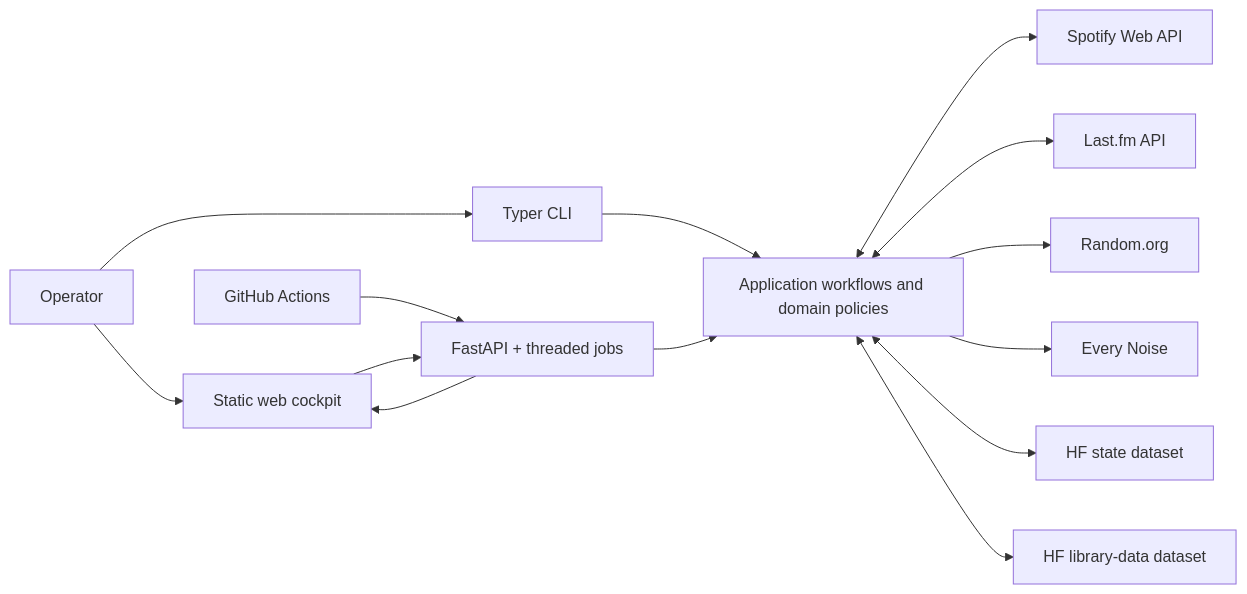
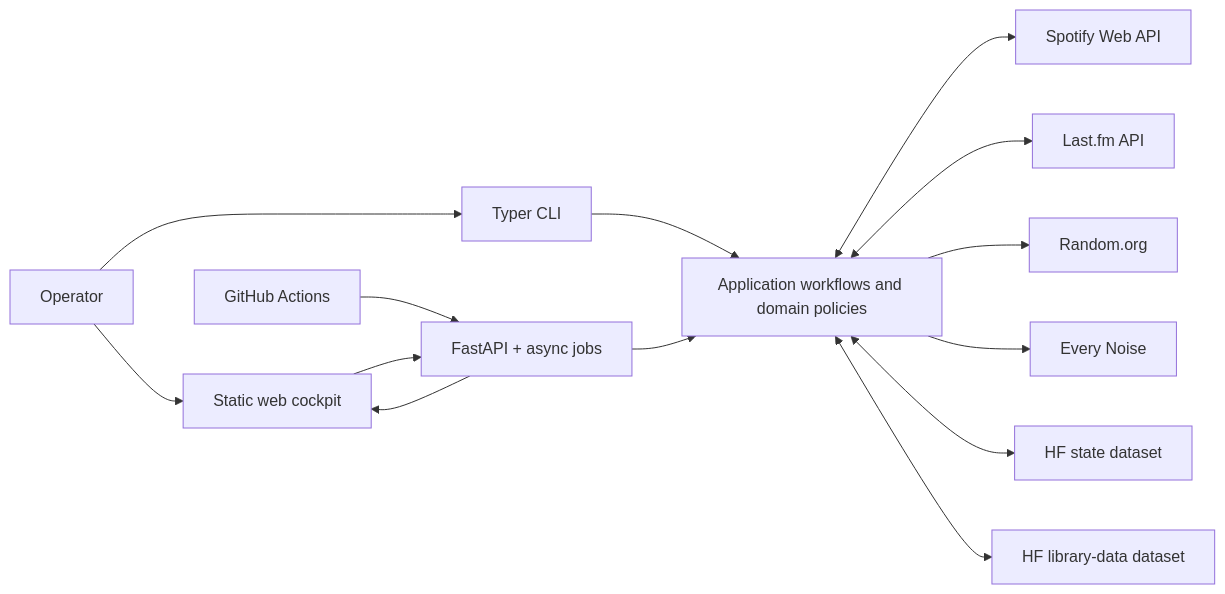
The diagram in docs/ARCHITECTURE_SPEC.md (cyborg-nomade/spotify-manager), drawn with Mermaid before and after one commit. The commit also changed other lines of this file and 60 other files, not shown here.

Commit message:
Enforce strict business typing and architecture quality gates

````diff
--- a/docs/ARCHITECTURE_SPEC.md
+++ b/docs/ARCHITECTURE_SPEC.md
@@ -25,16 +26,16 @@
 ```mermaid
 flowchart LR
     U[Operator] --> CLI[Typer CLI]
     U --> WEB[Static web cockpit]
-    WEB --> API[FastAPI + threaded jobs]
+    WEB --> API[FastAPI + async jobs]
     CLI --> R[Application workflows and domain policies]
     API --> R
     R <--> SP[Spotify Web API]
     R <--> LF[Last.fm API]
     R --> RO[Random.org]
     R --> EN[Every Noise]
     R <--> STATE[HF state dataset]
     R <--> DATA[HF library-data dataset]
     GA[GitHub Actions] --> API
     API --> WEB
 ```
````
